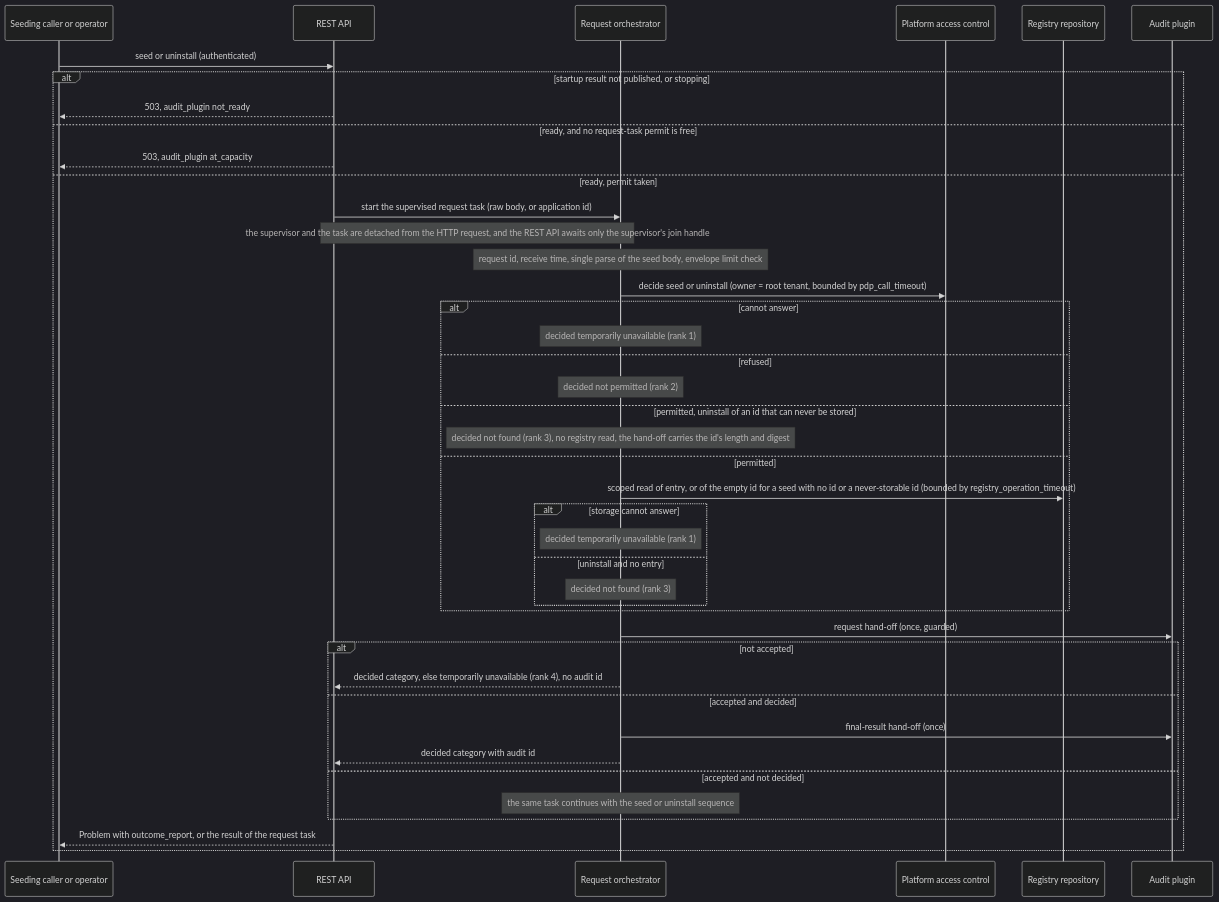
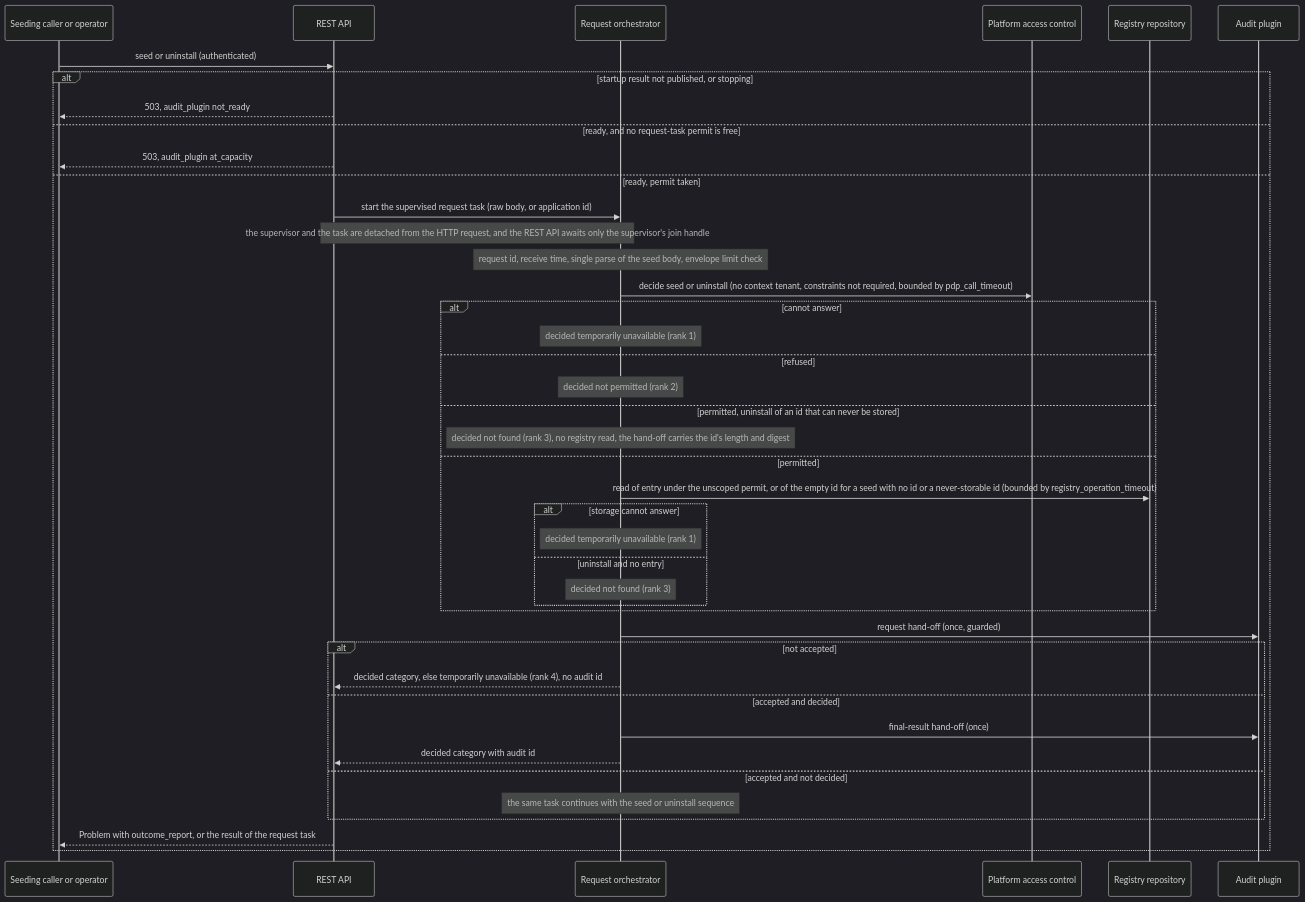
Before and after one commit to CommName/gears-rust: the fourth of 9 diagrams in gears/system/application-manager/docs/DESIGN.md, drawn with Mermaid (dark theme). The commit also changed other lines of this file and 7 other files, not shown here.

Commit message:
docs(application-manager): P0 align docs — no startup retry, no root tenant (ADR 0007), fix review findings

````diff
--- a/gears/system/application-manager/docs/DESIGN.md
+++ b/gears/system/application-manager/docs/DESIGN.md
@@ -1004,44 +993,44 @@
 ```mermaid
 sequenceDiagram
     participant C as Seeding caller or operator
     participant API as REST API
     participant O as Request orchestrator
     participant PDP as Platform access control
     participant R as Registry repository
     participant A as Audit plugin
     C ->> API: seed or uninstall (authenticated)
     alt startup result not published, or stopping
         API -->> C: 503, audit_plugin not_ready
     else ready, and no request-task permit is free
         API -->> C: 503, audit_plugin at_capacity
     else ready, permit taken
         API ->> O: start the supervised request task (raw body, or application id)
         Note over API,O: the supervisor and the task are detached from the HTTP request, and the REST API awaits only the supervisor's join handle
         Note over O: request id, receive time, single parse of the seed body, envelope limit check
-        O ->> PDP: decide seed or uninstall (owner = root tenant, bounded by pdp_call_timeout)
+        O ->> PDP: decide seed or uninstall (no context tenant, constraints not required, bounded by pdp_call_timeout)
         alt cannot answer
             Note over O: decided temporarily unavailable (rank 1)
         else refused
             Note over O: decided not permitted (rank 2)
         else permitted, uninstall of an id that can never be stored
             Note over O: decided not found (rank 3), no registry read, the hand-off carries the id's length and digest
         else permitted
-            O ->> R: scoped read of entry, or of the empty id for a seed with no id or a never-storable id (bounded by registry_operation_timeout)
+            O ->> R: read of entry under the unscoped permit, or of the empty id for a seed with no id or a never-storable id (bounded by registry_operation_timeout)
             alt storage cannot answer
                 Note over O: decided temporarily unavailable (rank 1)
             else uninstall and no entry
                 Note over O: decided not found (rank 3)
             end
         end
         O ->> A: request hand-off (once, guarded)
         alt not accepted
             O -->> API: decided category, else temporarily unavailable (rank 4), no audit id
         else accepted and decided
             O ->> A: final-result hand-off (once)
             O -->> API: decided category with audit id
         else accepted and not decided
             Note over O: the same task continues with the seed or uninstall sequence
         end
         API -->> C: Problem with outcome_report, or the result of the request task
     end
 ```
````
